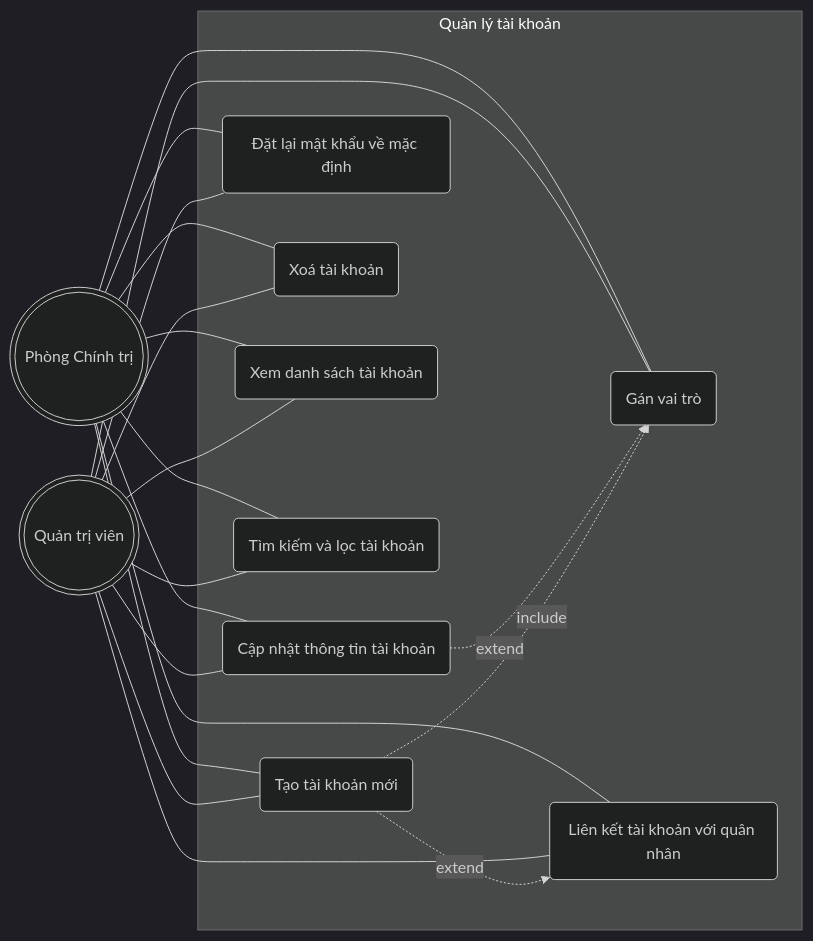
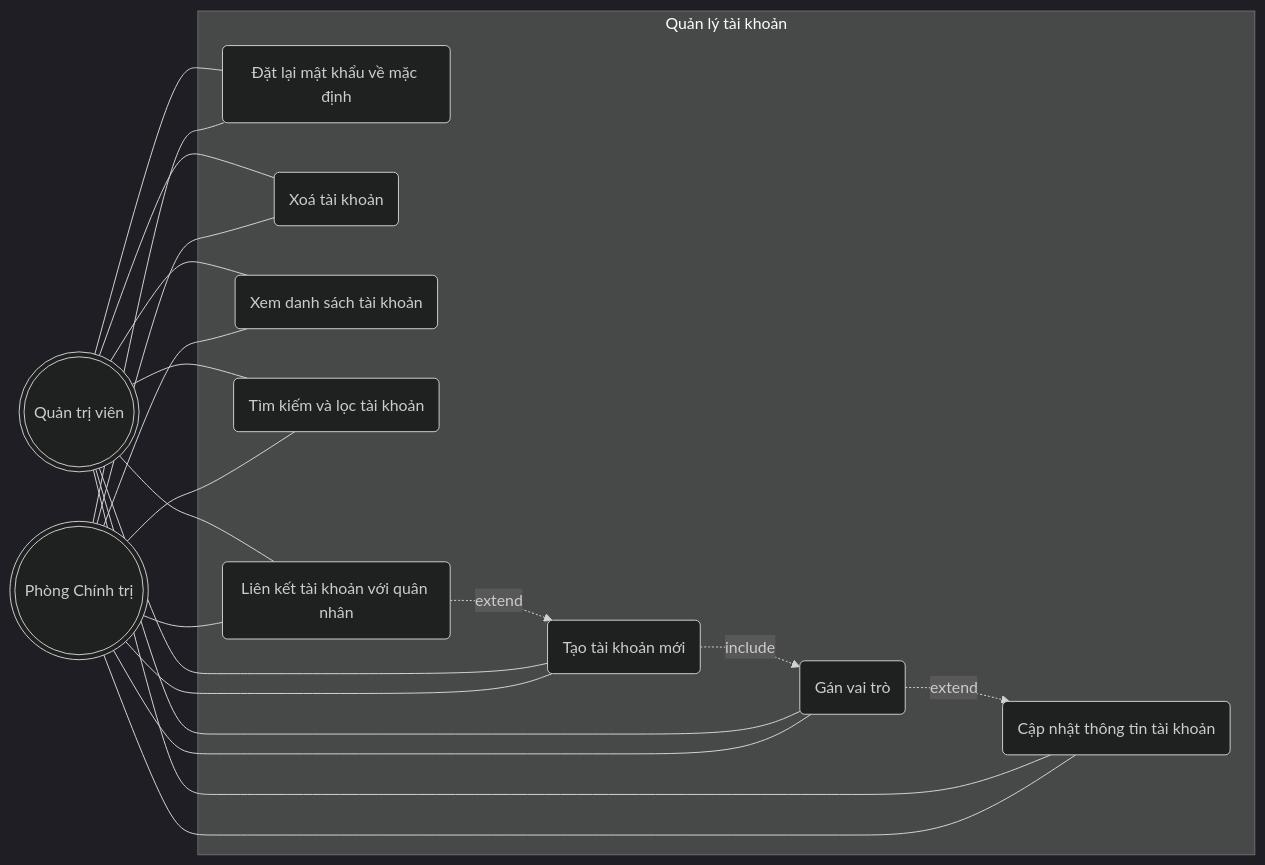
The second of 15 diagrams in docs/diagrams/01-use-case.md (tranducbk/DATN_PM_QLKT), drawn with Mermaid (dark theme) before and after one commit. The commit also changed other lines of this file and 69 other files, not shown here.

````diff
--- a/docs/diagrams/01-use-case.md
+++ b/docs/diagrams/01-use-case.md
@@ -77,38 +89,38 @@
 ```mermaid
 flowchart LR
     SA(((Quản trị viên)))
     AD(((Phòng Chính trị)))
 
     subgraph SYS[Quản lý tài khoản]
         UC1(Tạo tài khoản mới)
         UC2(Cập nhật thông tin tài khoản)
         UC3(Đặt lại mật khẩu về mặc định)
         UC4(Xoá tài khoản)
         UC5(Gán vai trò)
         UC6(Xem danh sách tài khoản)
         UC7(Tìm kiếm và lọc tài khoản)
         UC8(Liên kết tài khoản với quân nhân)
 
         UC1 -.->|include| UC5
-        UC1 -.->|extend| UC8
-        UC2 -.->|extend| UC5
+        UC8 -.->|extend| UC1
+        UC5 -.->|extend| UC2
     end
 
     SA --- UC1
     SA --- UC2
     SA --- UC3
     SA --- UC4
     SA --- UC5
     SA --- UC6
     SA --- UC7
     SA --- UC8
 
     AD --- UC1
     AD --- UC2
     AD --- UC3
     AD --- UC4
     AD --- UC5
     AD --- UC6
     AD --- UC7
     AD --- UC8
 ```
````
